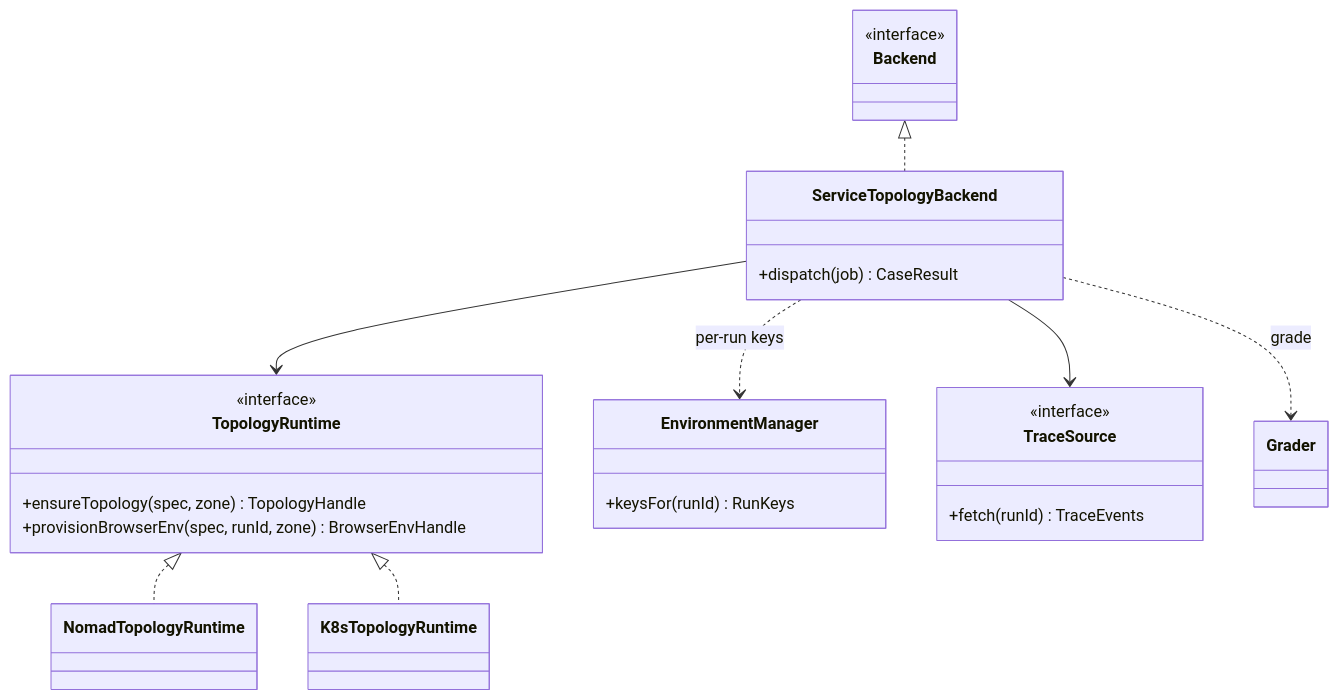
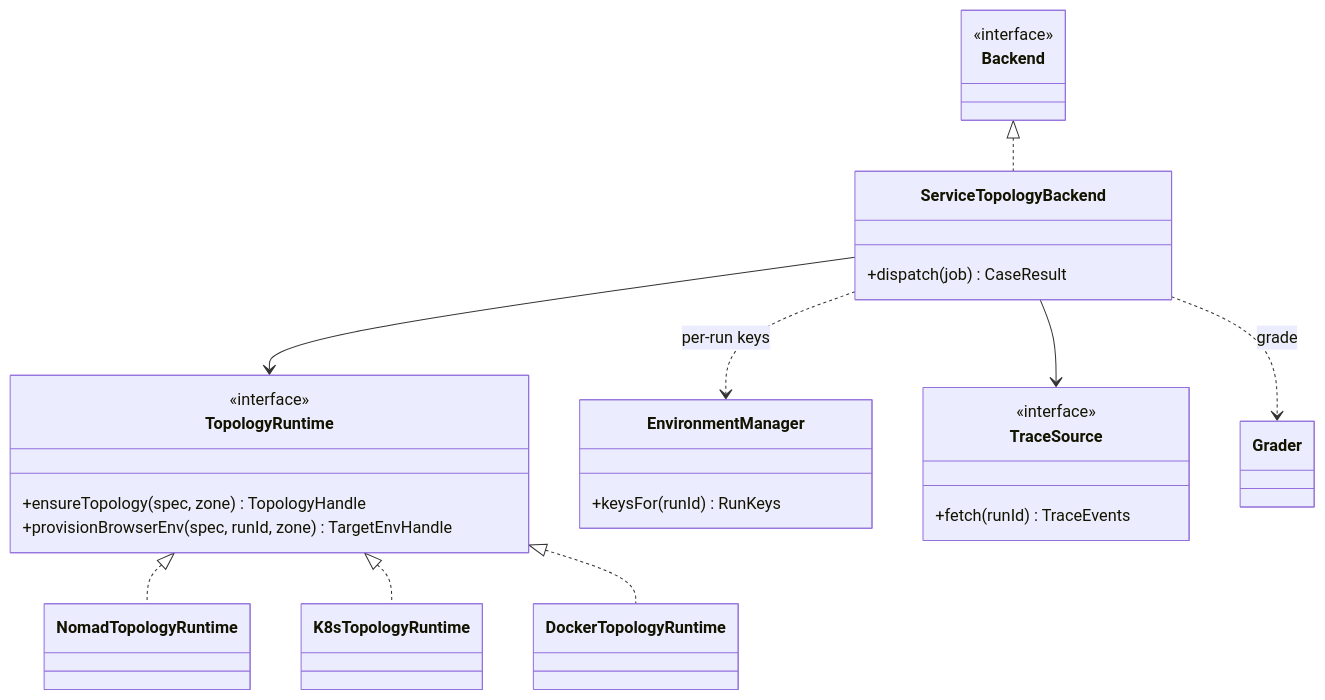
Diagram 17 of 24 in docs/architecture/collaboration.md (everdict/everdict), drawn with Mermaid before and after one commit. The commit also changed other lines of this file and 179 other files, not shown here.

````diff
--- a/docs/architecture/collaboration.md
+++ b/docs/architecture/collaboration.md
@@ -711,28 +766,29 @@
 ```mermaid
 classDiagram
   class Backend {
     <<interface>>
   }
   class TopologyRuntime {
     <<interface>>
     +ensureTopology(spec, zone) TopologyHandle
-    +provisionBrowserEnv(spec, runId, zone) BrowserEnvHandle
+    +provisionBrowserEnv(spec, runId, zone) TargetEnvHandle
   }
   class ServiceTopologyBackend {
     +dispatch(job) CaseResult
   }
   class EnvironmentManager {
     +keysFor(runId) RunKeys
   }
   class TraceSource {
     <<interface>>
     +fetch(runId) TraceEvents
   }
   Backend <|.. ServiceTopologyBackend
   TopologyRuntime <|.. NomadTopologyRuntime
   TopologyRuntime <|.. K8sTopologyRuntime
+  TopologyRuntime <|.. DockerTopologyRuntime
   ServiceTopologyBackend --> TopologyRuntime
   ServiceTopologyBackend --> TraceSource
   ServiceTopologyBackend ..> Grader : grade
   ServiceTopologyBackend ..> EnvironmentManager : per-run keys
 ```
````
